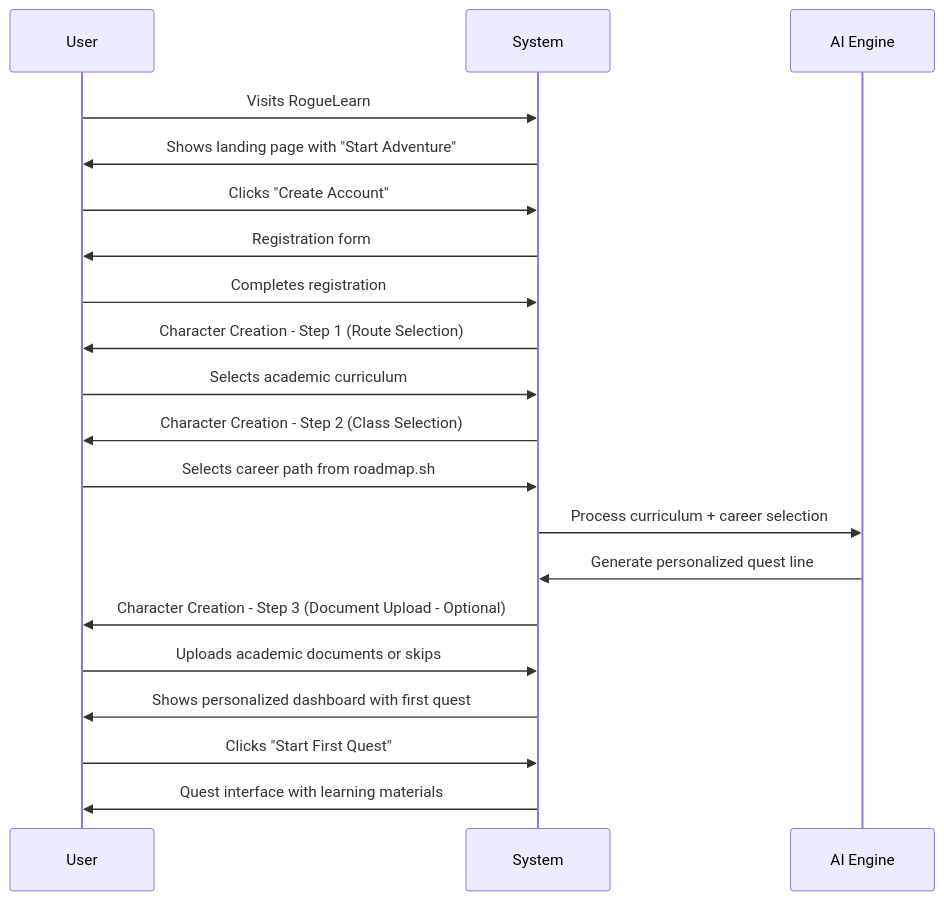
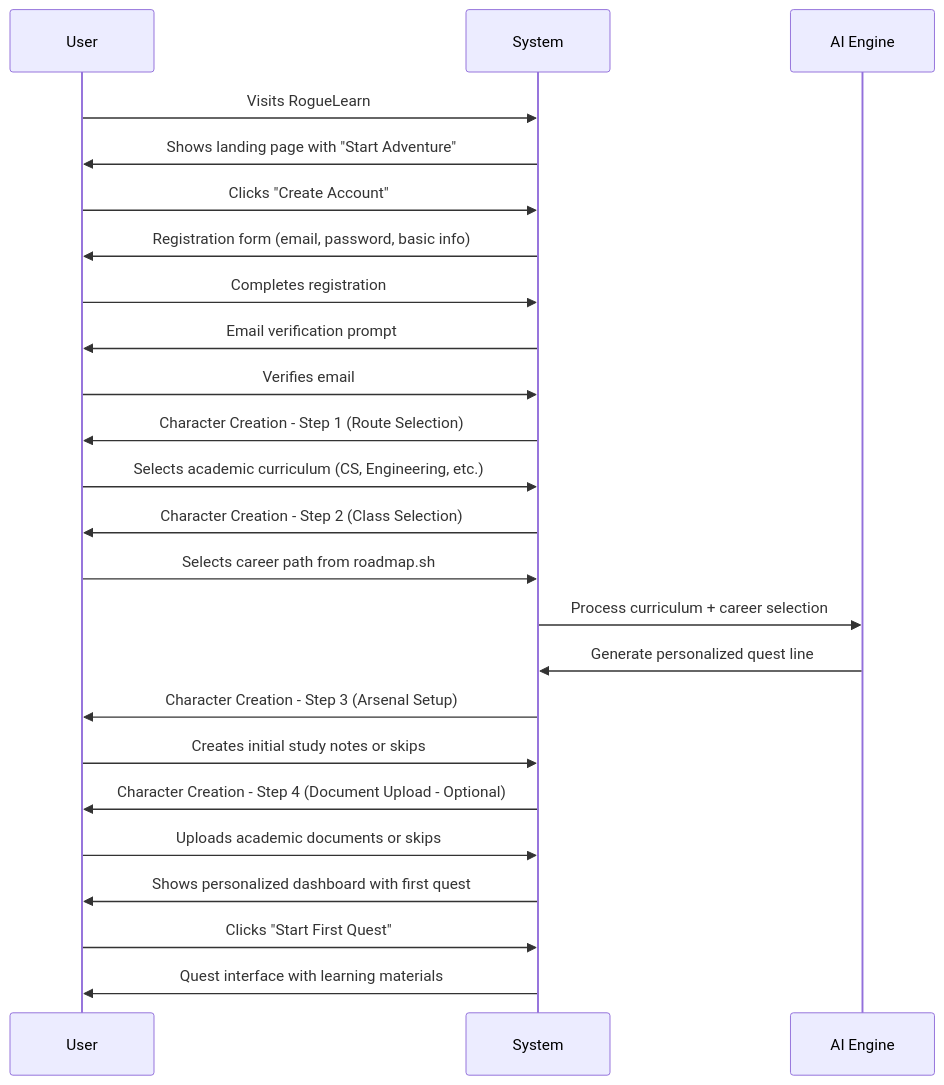
The first of 16 diagrams in docs/front-end-spec/user-flows-wireframes.md (FA25SE050-RogueLearn/RogueLearn.BMAD.Documentation), drawn with Mermaid before and after one commit. The commit also changed other lines of this file and 1 other file, not shown here.

First line of the commit message:
docs(front-end-spec): expand user flows documentation with detailed feature flows

````diff
--- a/docs/front-end-spec/user-flows-wireframes.md
+++ b/docs/front-end-spec/user-flows-wireframes.md
@@ -5,23 +5,27 @@
 ```mermaid
 sequenceDiagram
     participant U as User
     participant S as System
     participant AI as AI Engine
     
     U->>S: Visits RogueLearn
     S->>U: Shows landing page with "Start Adventure"
     U->>S: Clicks "Create Account"
-    S->>U: Registration form
+    S->>U: Registration form (email, password, basic info)
     U->>S: Completes registration
+    S->>U: Email verification prompt
+    U->>S: Verifies email
     S->>U: Character Creation - Step 1 (Route Selection)
-    U->>S: Selects academic curriculum
+    U->>S: Selects academic curriculum (CS, Engineering, etc.)
     S->>U: Character Creation - Step 2 (Class Selection)
     U->>S: Selects career path from roadmap.sh
     S->>AI: Process curriculum + career selection
     AI->>S: Generate personalized quest line
-    S->>U: Character Creation - Step 3 (Document Upload - Optional)
+    S->>U: Character Creation - Step 3 (Arsenal Setup)
+    U->>S: Creates initial study notes or skips
+    S->>U: Character Creation - Step 4 (Document Upload - Optional)
     U->>S: Uploads academic documents or skips
     S->>U: Shows personalized dashboard with first quest
     U->>S: Clicks "Start First Quest"
     S->>U: Quest interface with learning materials
 ```
````
